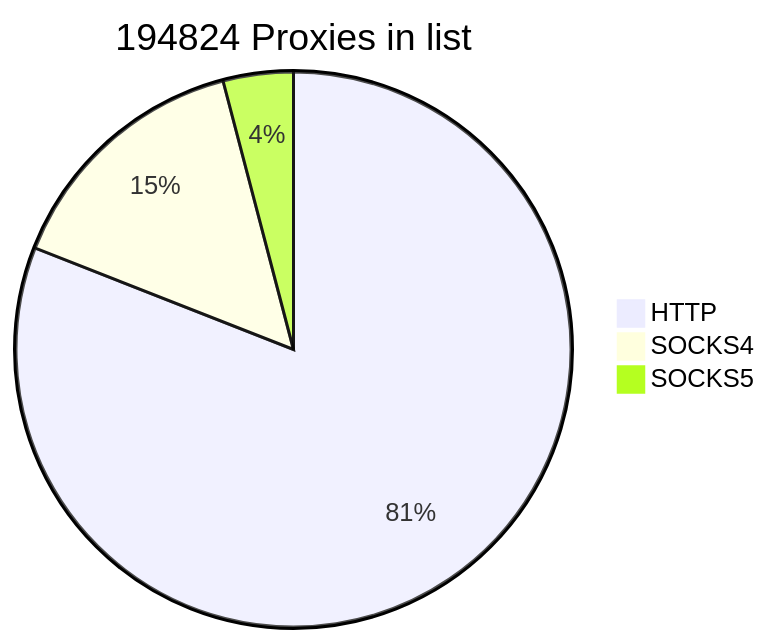
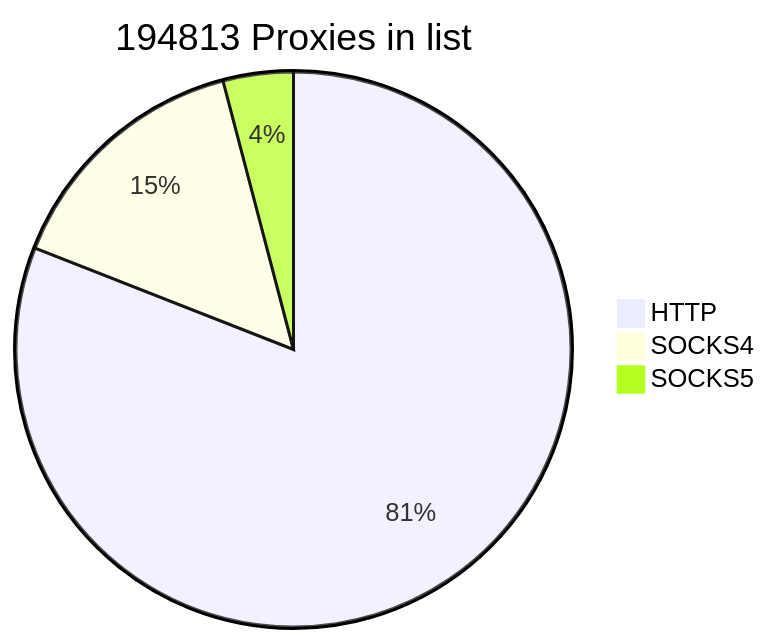
One commit to cutipu/proxylist changed the first of 2 diagrams in README.md. Above: the diagram before and after it, drawn with Mermaid. The commit also changed other lines of this file, not shown here.

````diff
--- a/README.md
+++ b/README.md
@@ -2,7 +2,7 @@
 ```mermaid
-pie title 194824 Proxies in list
-    "HTTP" : 157726
-    "SOCKS4" : 29146
-    "SOCKS5" : 7952
+pie title 194813 Proxies in list
+    "HTTP" : 157703
+    "SOCKS4" : 29157
+    "SOCKS5" : 7953
             
 ```
````
